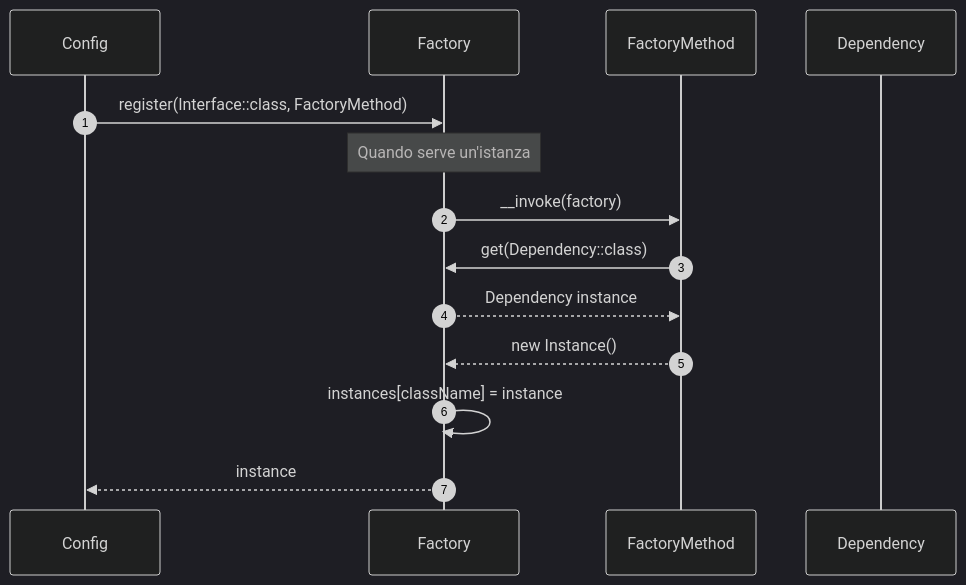
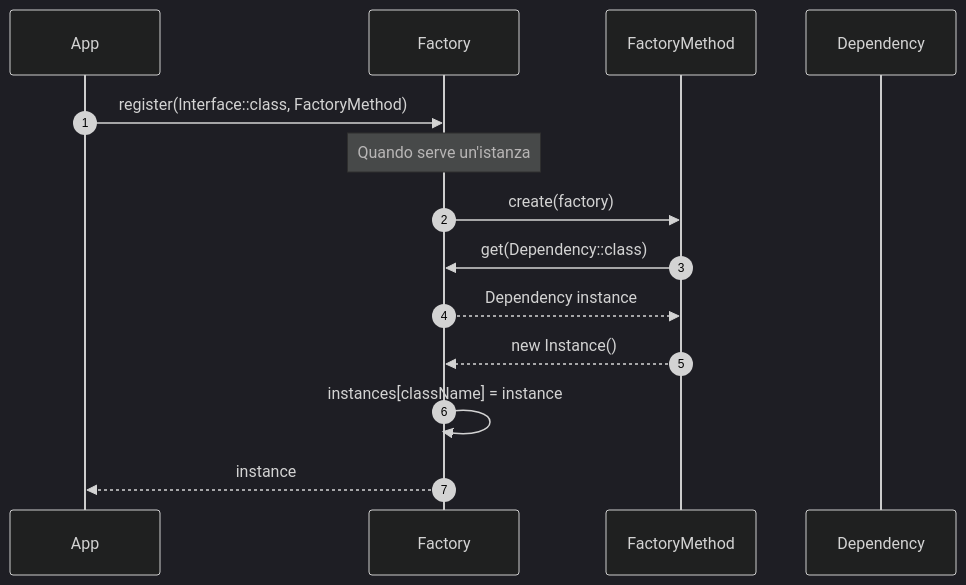
The fourth of 8 diagrams in consegna docu/design_pattern/backend.md (mb4dev/progetto-prova), drawn with Mermaid (dark theme) before and after one commit. The commit also changed other lines of this file and 14 other files, not shown here.

````diff
--- a/consegna docu/design_pattern/backend.md
+++ b/consegna docu/design_pattern/backend.md
@@ -172,19 +171,19 @@
 ```mermaid
 sequenceDiagram
     autonumber
-    participant Config
+    participant App
     participant Factory
     participant FactoryMethod
     participant Dependency
 
-    Config ->> Factory: register(Interface::class, FactoryMethod)
+    App ->> Factory: register(Interface::class, FactoryMethod)
     
     Note over Factory: Quando serve un'istanza
     
-    Factory ->> FactoryMethod: __invoke(factory)
+    Factory ->> FactoryMethod: create(factory)
     FactoryMethod ->> Factory: get(Dependency::class)
     Factory -->> FactoryMethod: Dependency instance
     FactoryMethod -->> Factory: new Instance()
     Factory ->> Factory: instances[className] = instance
-    Factory -->> Config: instance
+    Factory -->> App: instance
 ```
````
